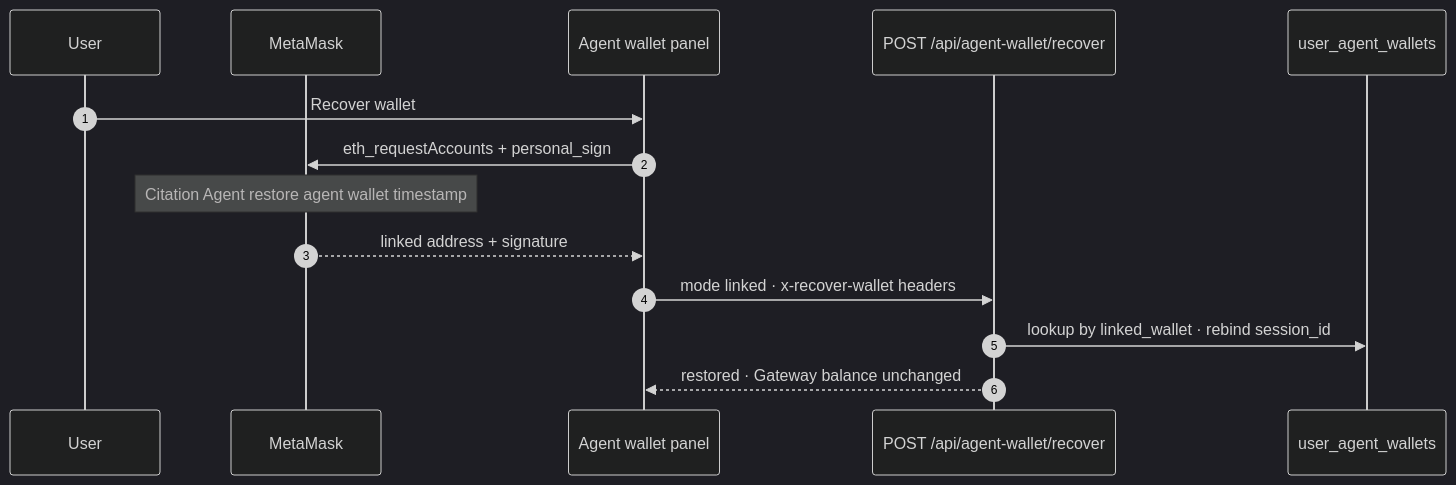
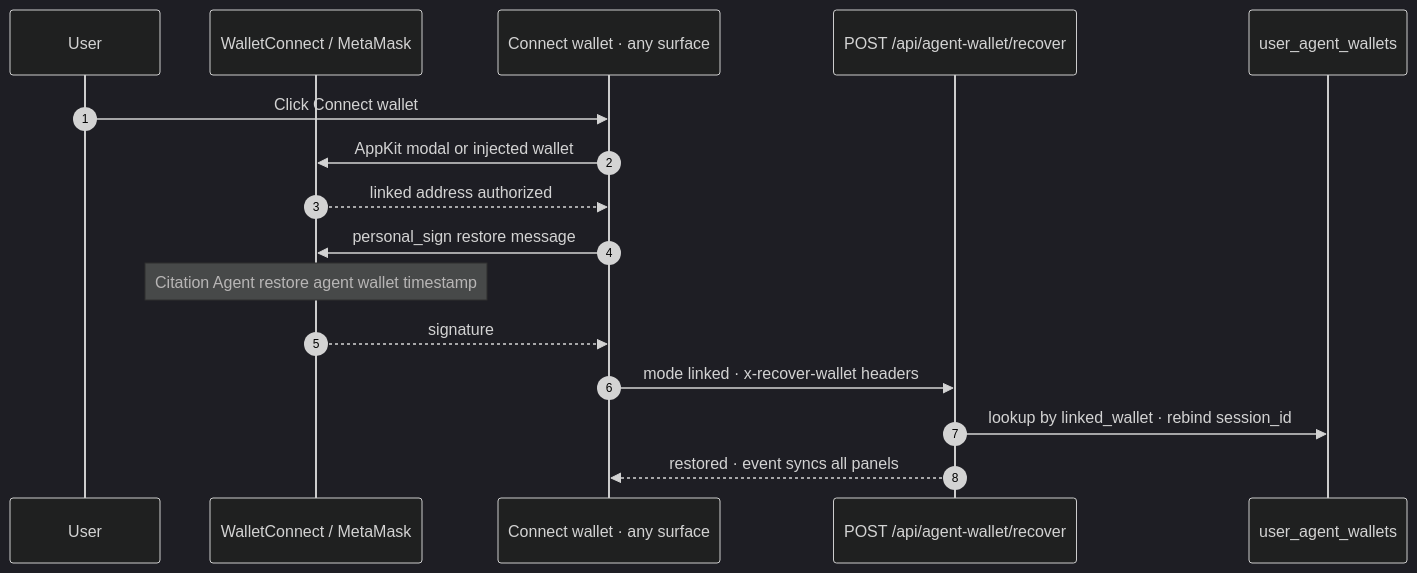
Before and after one commit to rudazy/citation-agent: the fourth of 5 diagrams in docs/platform-overview.md, drawn with Mermaid (dark theme). The commit also changed other lines of this file and 28 other files, not shown here.

Commit message:
WalletConnect for mobile

````diff
--- a/docs/platform-overview.md
+++ b/docs/platform-overview.md
@@ -138,17 +142,19 @@
 ```mermaid
 sequenceDiagram
   autonumber
   participant User
-  participant MM as MetaMask
-  participant UI as Agent wallet panel
+  participant WC as WalletConnect / MetaMask
+  participant UI as Connect wallet · any surface
   participant API as POST /api/agent-wallet/recover
   participant DB as user_agent_wallets
 
-  User->>UI: Recover wallet
-  UI->>MM: eth_requestAccounts + personal_sign
-  Note over MM: Citation Agent restore agent wallet timestamp
-  MM-->>UI: linked address + signature
+  User->>UI: Click Connect wallet
+  UI->>WC: AppKit modal or injected wallet
+  WC-->>UI: linked address authorized
+  UI->>WC: personal_sign restore message
+  Note over WC: Citation Agent restore agent wallet timestamp
+  WC-->>UI: signature
   UI->>API: mode linked · x-recover-wallet headers
   API->>DB: lookup by linked_wallet · rebind session_id
-  API-->>UI: restored · Gateway balance unchanged
+  API-->>UI: restored · event syncs all panels
 ```
````
